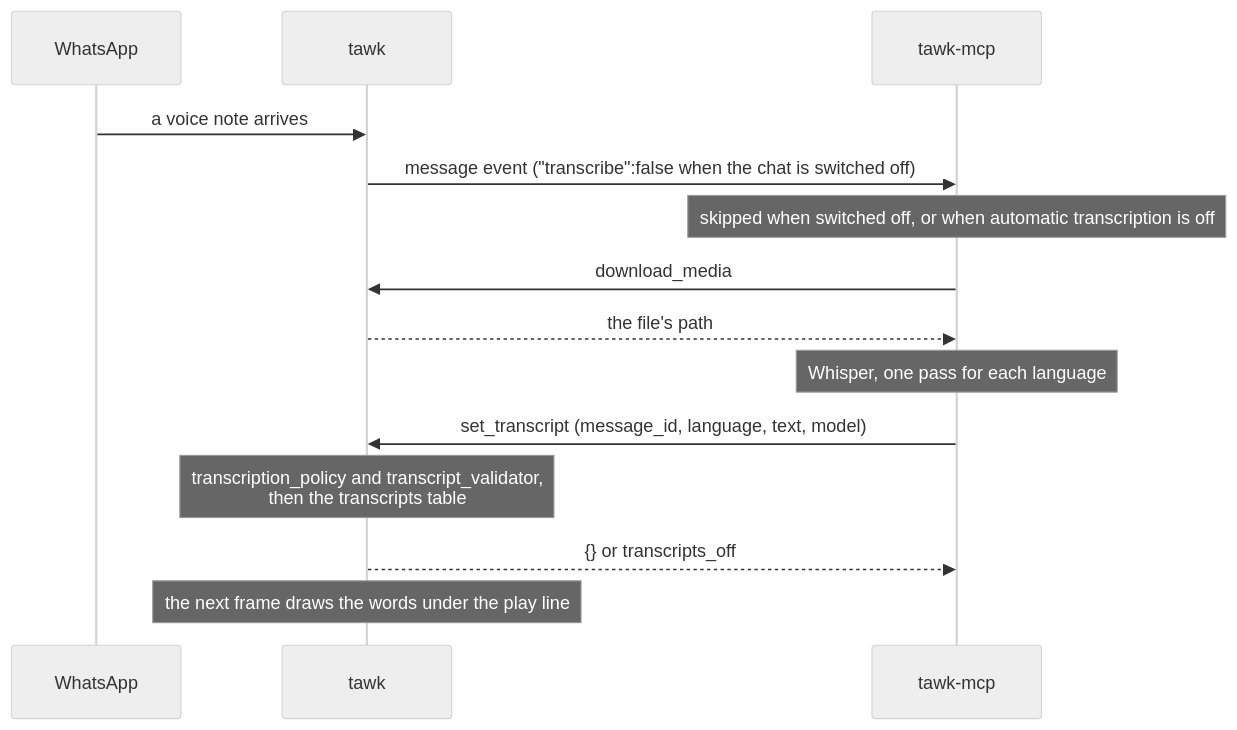
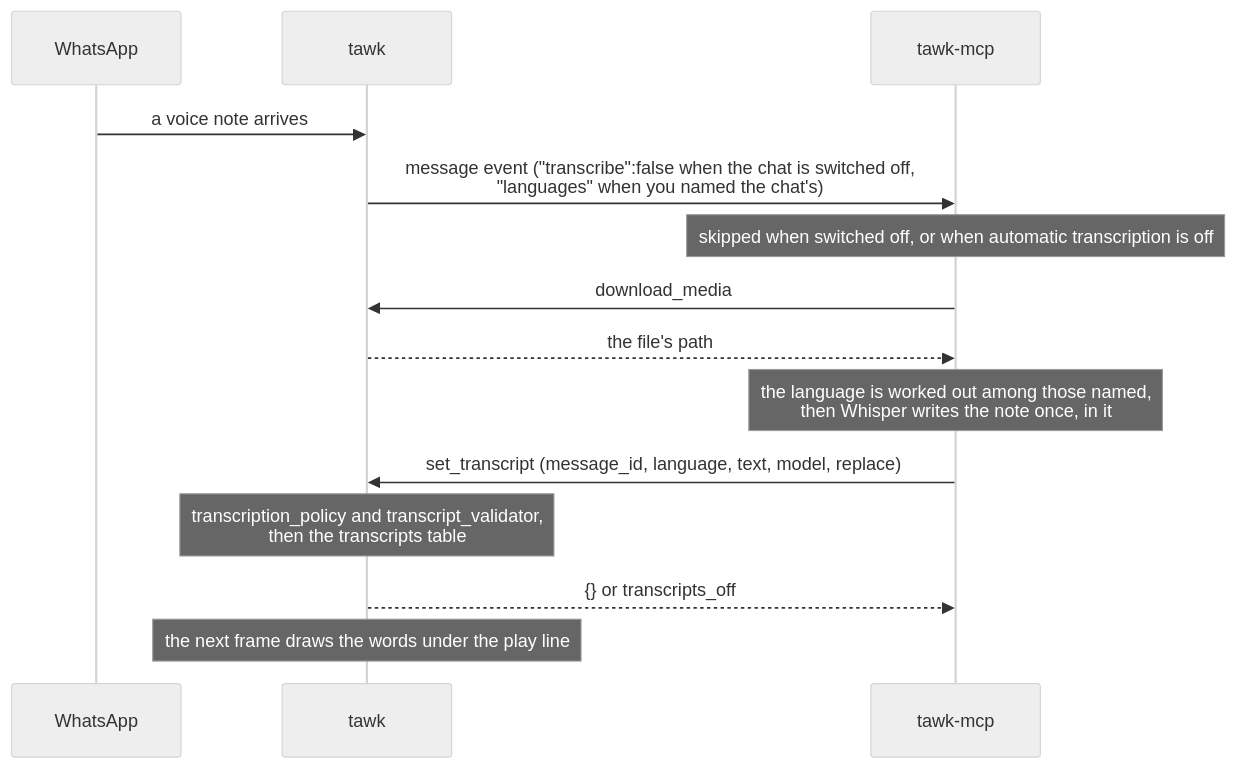
Before and after one commit to LeonFNortje/tawk: diagram 16 of 24 in HOW_IT_WORKS.md, drawn with Mermaid (neutral theme). The commit also changed other lines of this file and 8 other files, not shown here.

````diff
--- a/HOW_IT_WORKS.md
+++ b/HOW_IT_WORKS.md
@@ -680,16 +680,16 @@
 ```mermaid
 sequenceDiagram
     participant WA as WhatsApp
     participant T as tawk
     participant M as tawk-mcp
     WA->>T: a voice note arrives
-    T->>M: message event ("transcribe":false when the chat is switched off)
+    T->>M: message event ("transcribe":false when the chat is switched off,<br/>"languages" when you named the chat's)
     Note over M: skipped when switched off, or when automatic transcription is off
     M->>T: download_media
     T-->>M: the file's path
-    Note over M: Whisper, one pass for each language
-    M->>T: set_transcript (message_id, language, text, model)
+    Note over M: the language is worked out among those named,<br/>then Whisper writes the note once, in it
+    M->>T: set_transcript (message_id, language, text, model, replace)
     Note over T: transcription_policy and transcript_validator,<br/>then the transcripts table
     T-->>M: {} or transcripts_off
     Note over T: the next frame draws the words under the play line
 ```
````
